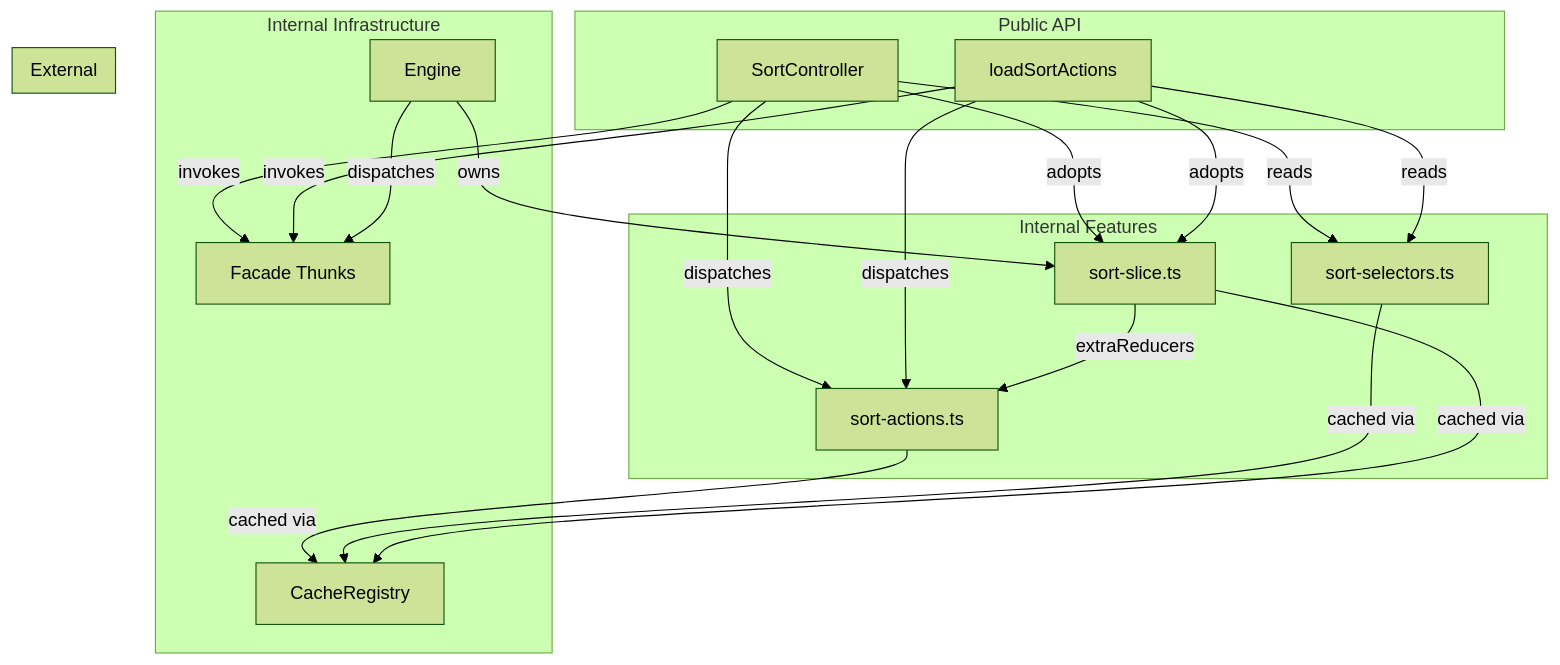
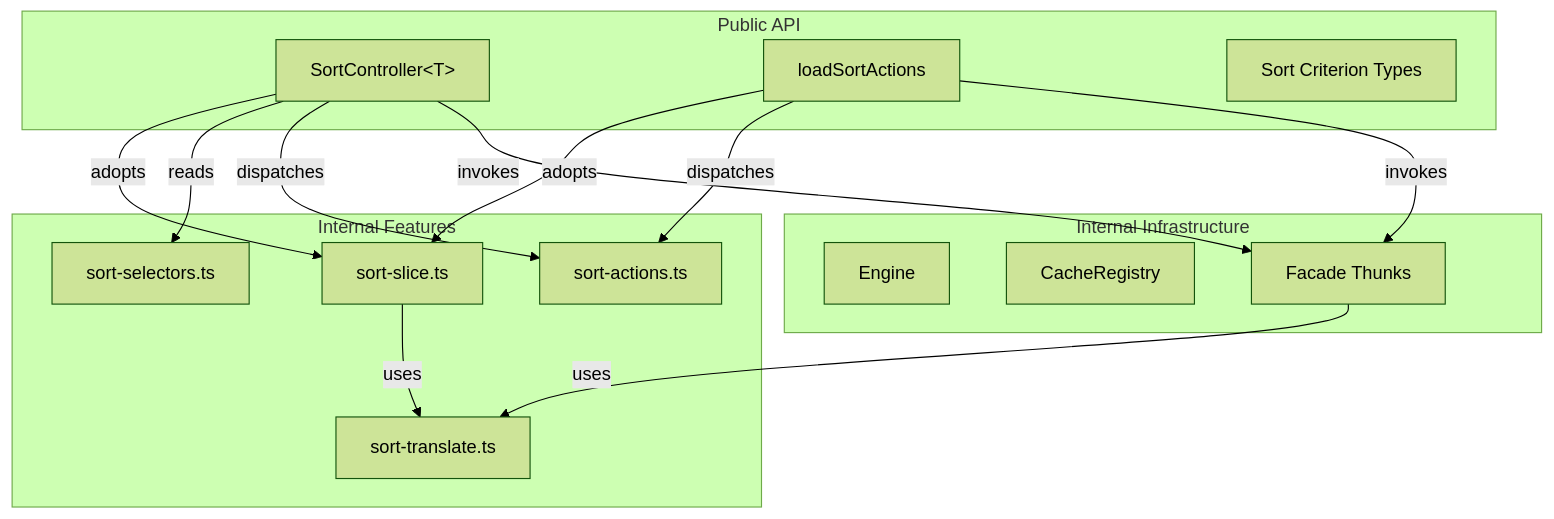
One commit to coveo/ui-kit changed the first of 2 diagrams in .kiro/specs/sort-controller/design.md. Above: the diagram before and after it, drawn with Mermaid (forest theme). The commit also changed other lines of this file and 2 other files, not shown here.

````diff
--- a/.kiro/specs/sort-controller/design.md
+++ b/.kiro/specs/sort-controller/design.md
@@ -15,40 +11,33 @@
 ```mermaid
 graph TD
     subgraph Public API
-        SC[SortController]
+        SC[SortController&lt;T&gt;]
         SA[loadSortActions]
+        TYPES[Sort Criterion Types]
     end
 
     subgraph Internal Features
         SLICE[sort-slice.ts]
         ACTIONS[sort-actions.ts]
         SELECTORS[sort-selectors.ts]
+        TRANSLATE[sort-translate.ts]
     end
 
     subgraph Internal Infrastructure
         ENGINE[Engine]
         CACHE[CacheRegistry]
         FACADES[Facade Thunks]
     end
 
-    subgraph External
-    end
-
     SC -->|adopts| SLICE
     SC -->|reads| SELECTORS
     SC -->|dispatches| ACTIONS
     SC -->|invokes| FACADES
 
     SA -->|adopts| SLICE
-    SA -->|reads| SELECTORS
     SA -->|dispatches| ACTIONS
     SA -->|invokes| FACADES
 
-    SLICE -->|extraReducers| ACTIONS
-    ACTIONS -->|cached via| CACHE
-    SELECTORS -->|cached via| CACHE
-    SLICE -->|cached via| CACHE
-
-    ENGINE -->|owns| SLICE
-    ENGINE -->|dispatches| FACADES
+    FACADES -->|uses| TRANSLATE
+    SLICE -->|uses| TRANSLATE
 ```
````
